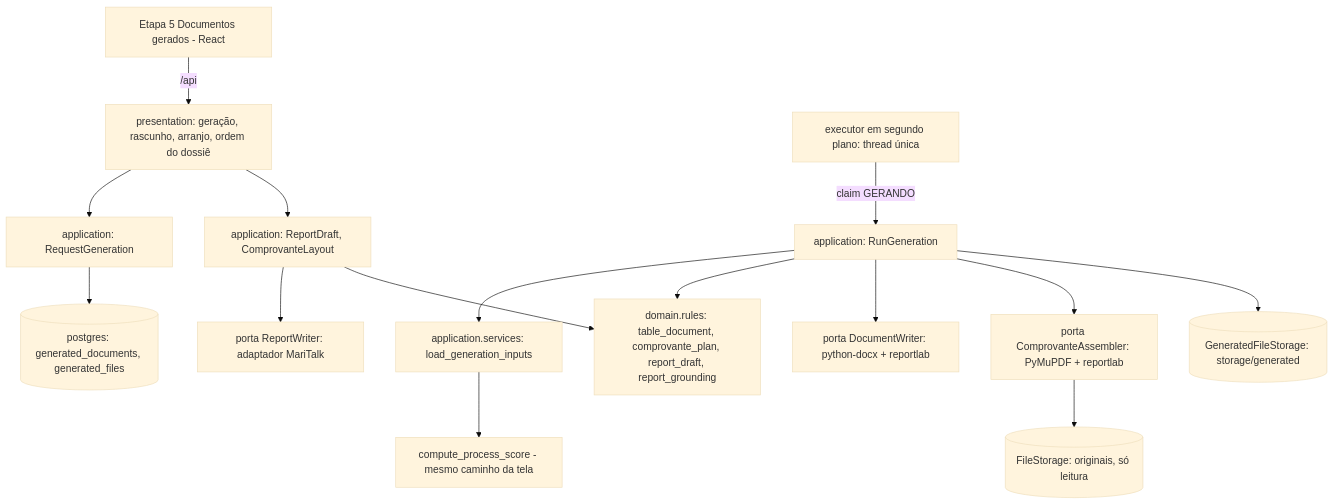
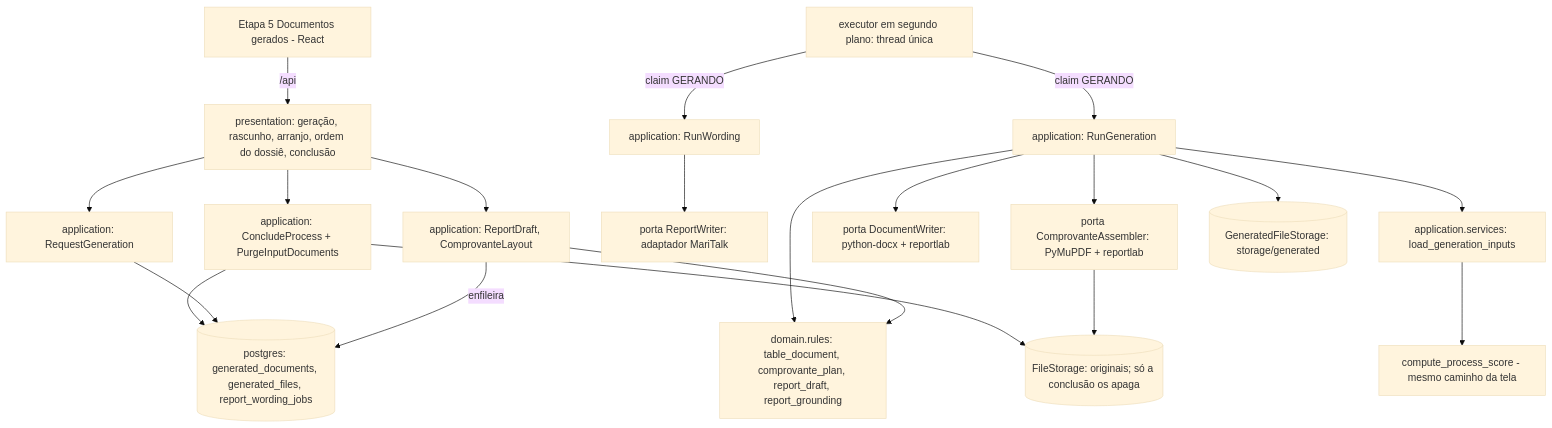
Before and after one commit to eltonsarmanho/ProgressaoFuncionalPiloto: the diagram in .specs/features/documentos-gerados/design.md, drawn with Mermaid (base theme). The commit also changed other lines of this file and 1 other file, not shown here.

First line of the commit message:
docs(specs): apply the user decisions to documentos-gerados

````diff
--- a/.specs/features/documentos-gerados/design.md
+++ b/.specs/features/documentos-gerados/design.md
@@ -14,17 +16,23 @@
 ```mermaid
 graph TD
-    UI[Etapa 5 Documentos gerados - React] -->|/api| API[presentation: geração, rascunho, arranjo, ordem do dossiê]
+    UI[Etapa 5 Documentos gerados - React] -->|/api| API[presentation: geração, rascunho, arranjo, ordem do dossiê, conclusão]
     API --> RG[application: RequestGeneration]
     API --> RD[application: ReportDraft, ComprovanteLayout]
-    RG --> DB[(postgres: generated_documents, generated_files)]
+    API --> CC[application: ConcludeProcess + PurgeInputDocuments]
+    CC --> OR
+    CC --> DB
+    RG --> DB[(postgres: generated_documents, generated_files, report_wording_jobs)]
     W[executor em segundo plano: thread única] -->|claim GERANDO| RUN[application: RunGeneration]
+    W -->|claim GERANDO| RW[application: RunWording]
+    RW --> AIW
     RUN --> IN[application.services: load_generation_inputs]
     IN --> SC[compute_process_score - mesmo caminho da tela]
     RUN --> DOM[domain.rules: table_document, comprovante_plan, report_draft, report_grounding]
     RUN --> WR[porta DocumentWriter: python-docx + reportlab]
     RUN --> AS[porta ComprovanteAssembler: PyMuPDF + reportlab]
     RUN --> FS[(GeneratedFileStorage: storage/generated)]
-    RD --> AIW[porta ReportWriter: adaptador MariTalk]
+    RD -->|enfileira| DB
+    AIW[porta ReportWriter: adaptador MariTalk]
     RD --> DOM
-    AS --> OR[(FileStorage: originais, só leitura)]
+    AS --> OR[(FileStorage: originais; só a conclusão os apaga)]
 ```
````
